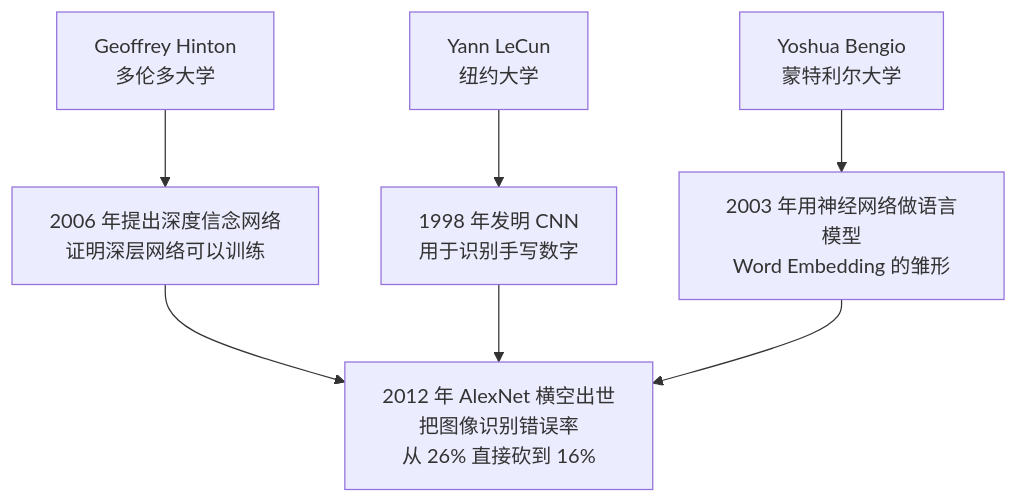
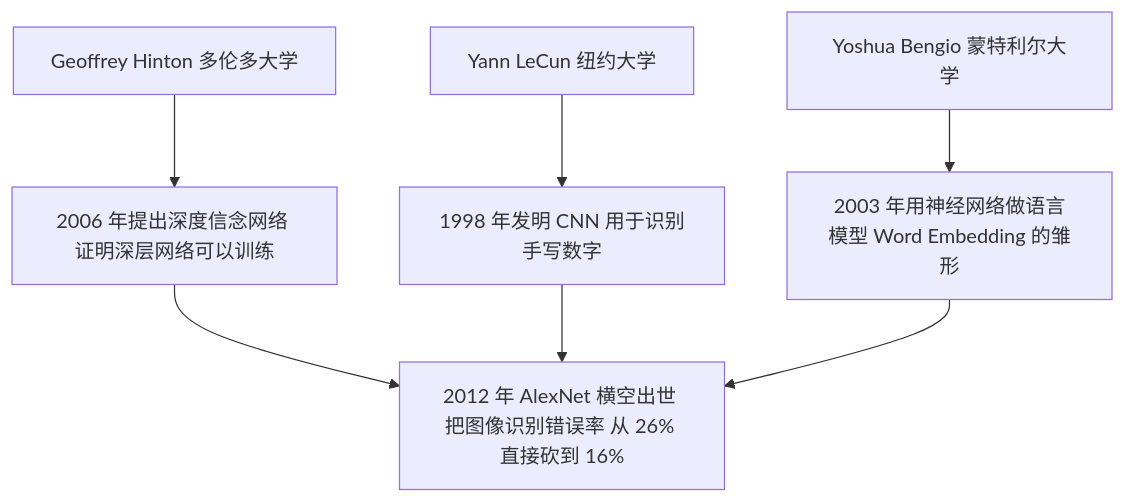
Before and after one commit to fuzhengwei/CodeGuide: the third of 32 diagrams in docs/md/ai/ai-llm.md, drawn with Mermaid. The commit also changed other lines of this file, not shown here.

````diff
--- a/docs/md/ai/ai-llm.md
+++ b/docs/md/ai/ai-llm.md
@@ -78,9 +78,9 @@
 ```mermaid
 graph TB
-    A["Geoffrey Hinton<br/>多伦多大学"] --> D["2006 年提出深度信念网络<br/>证明深层网络可以训练"]
-    B["Yann LeCun<br/>纽约大学"] --> E["1998 年发明 CNN<br/>用于识别手写数字"]
-    C["Yoshua Bengio<br/>蒙特利尔大学"] --> F["2003 年用神经网络做语言模型<br/>Word Embedding 的雏形"]
-    D --> G["2012 年 AlexNet 横空出世<br/>把图像识别错误率<br/>从 26% 直接砍到 16%"]
+    A["Geoffrey Hinton 多伦多大学"] --> D["2006 年提出深度信念网络 证明深层网络可以训练"]
+    B["Yann LeCun 纽约大学"] --> E["1998 年发明 CNN 用于识别手写数字"]
+    C["Yoshua Bengio 蒙特利尔大学"] --> F["2003 年用神经网络做语言模型 Word Embedding 的雏形"]
+    D --> G["2012 年 AlexNet 横空出世 把图像识别错误率 从 26% 直接砍到 16%"]
     E --> G
     F --> G
 ```
````
